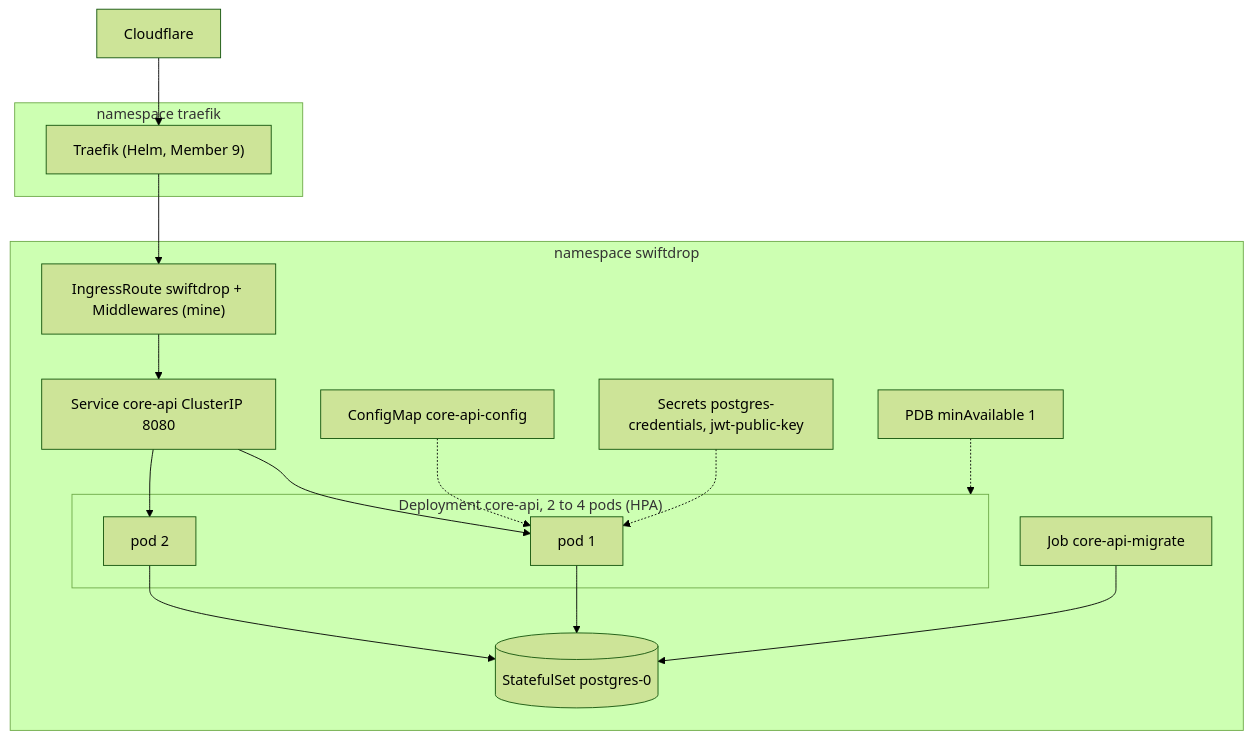
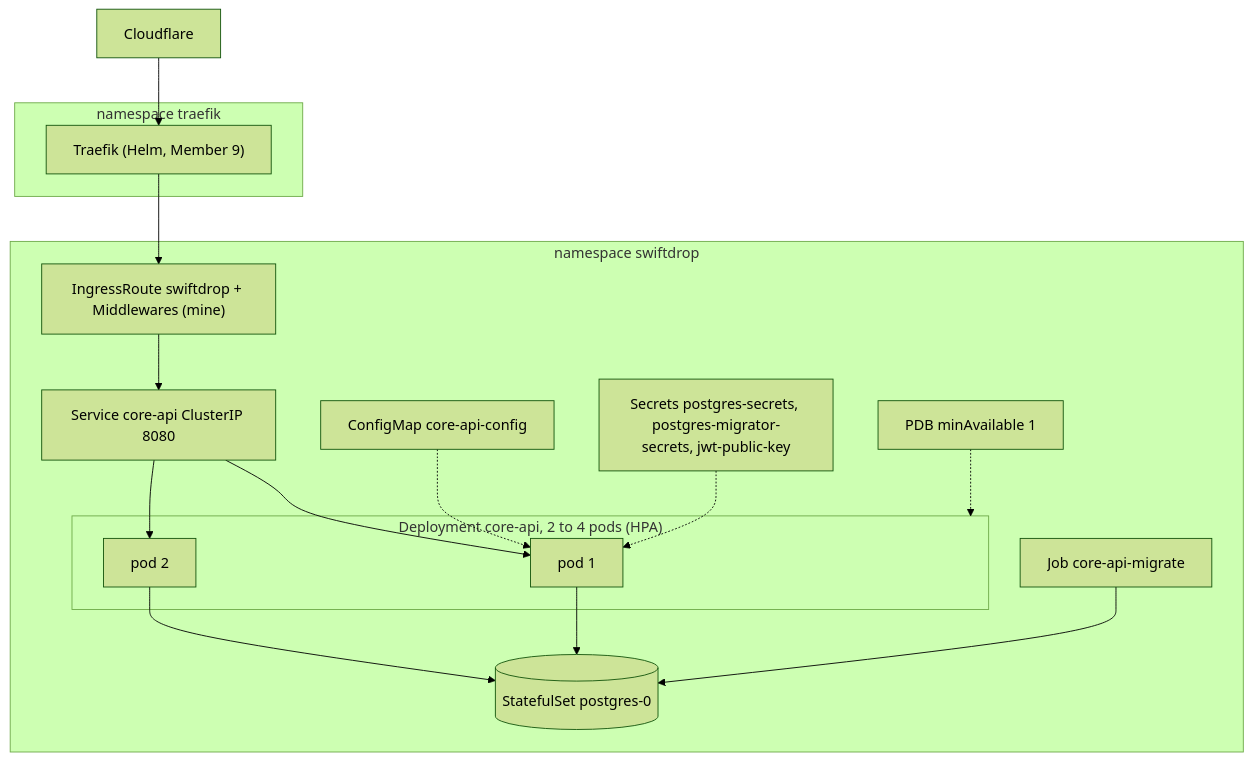
One commit to phantomTroupeEAD/SwiftDrop changed the third of 6 diagrams in docs/drafts/member-07-dispatcher-admin-web-gateway/doc-08-implementation-deployment-and-ops.md. Above: the diagram before and after it, drawn with Mermaid (forest theme). The commit also changed other lines of this file and 125 other files, not shown here.

````diff
--- a/docs/drafts/member-07-dispatcher-admin-web-gateway/doc-08-implementation-deployment-and-ops.md
+++ b/docs/drafts/member-07-dispatcher-admin-web-gateway/doc-08-implementation-deployment-and-ops.md
@@ -378,28 +403,28 @@
 ```mermaid
 flowchart TB
     CF["Cloudflare"] --> TR
     subgraph NS1["namespace traefik"]
         TR["Traefik (Helm, Member 9)"]
     end
     subgraph NS2["namespace swiftdrop"]
         IR["IngressRoute swiftdrop + Middlewares (mine)"]
         SVC["Service core-api ClusterIP 8080"]
         subgraph DEP["Deployment core-api, 2 to 4 pods (HPA)"]
             P1["pod 1"]
             P2["pod 2"]
         end
         CM["ConfigMap core-api-config"]
-        SEC["Secrets postgres-credentials, jwt-public-key"]
+        SEC["Secrets postgres-secrets, postgres-migrator-secrets, jwt-public-key"]
         JOB["Job core-api-migrate"]
         PG[("StatefulSet postgres-0")]
         PDB["PDB minAvailable 1"]
     end
     TR --> IR --> SVC --> P1
     SVC --> P2
     CM -.-> P1
     SEC -.-> P1
     P1 --> PG
     P2 --> PG
     JOB --> PG
     PDB -.-> DEP
 ```
````
